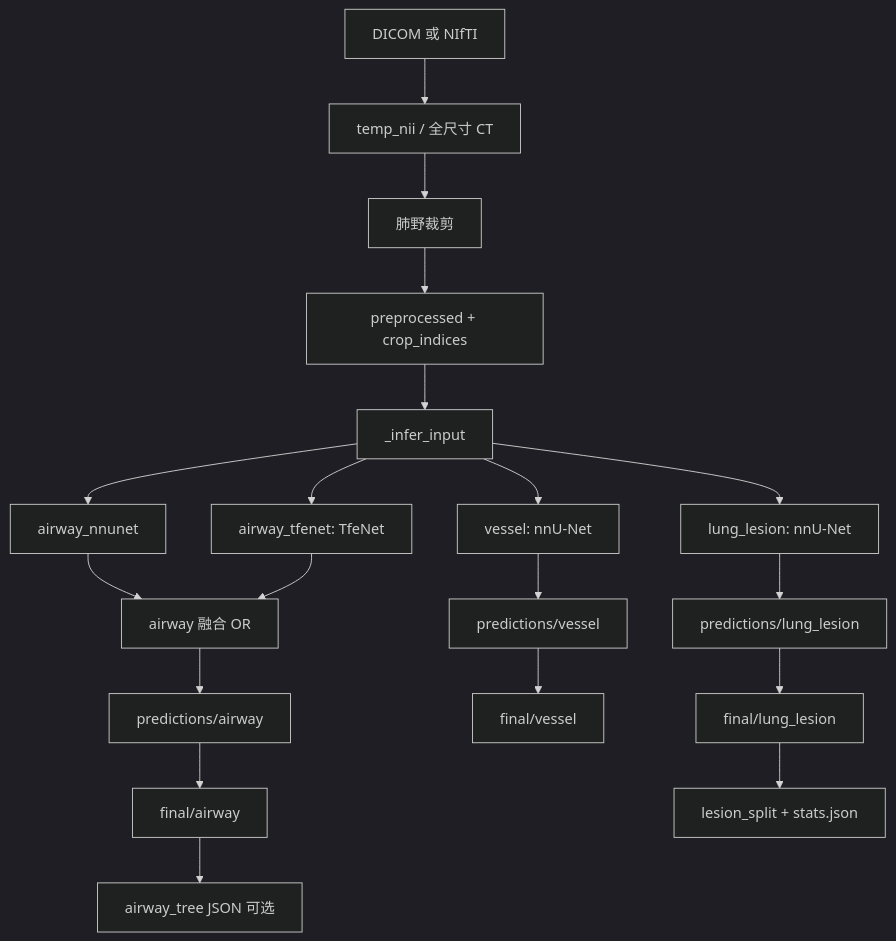
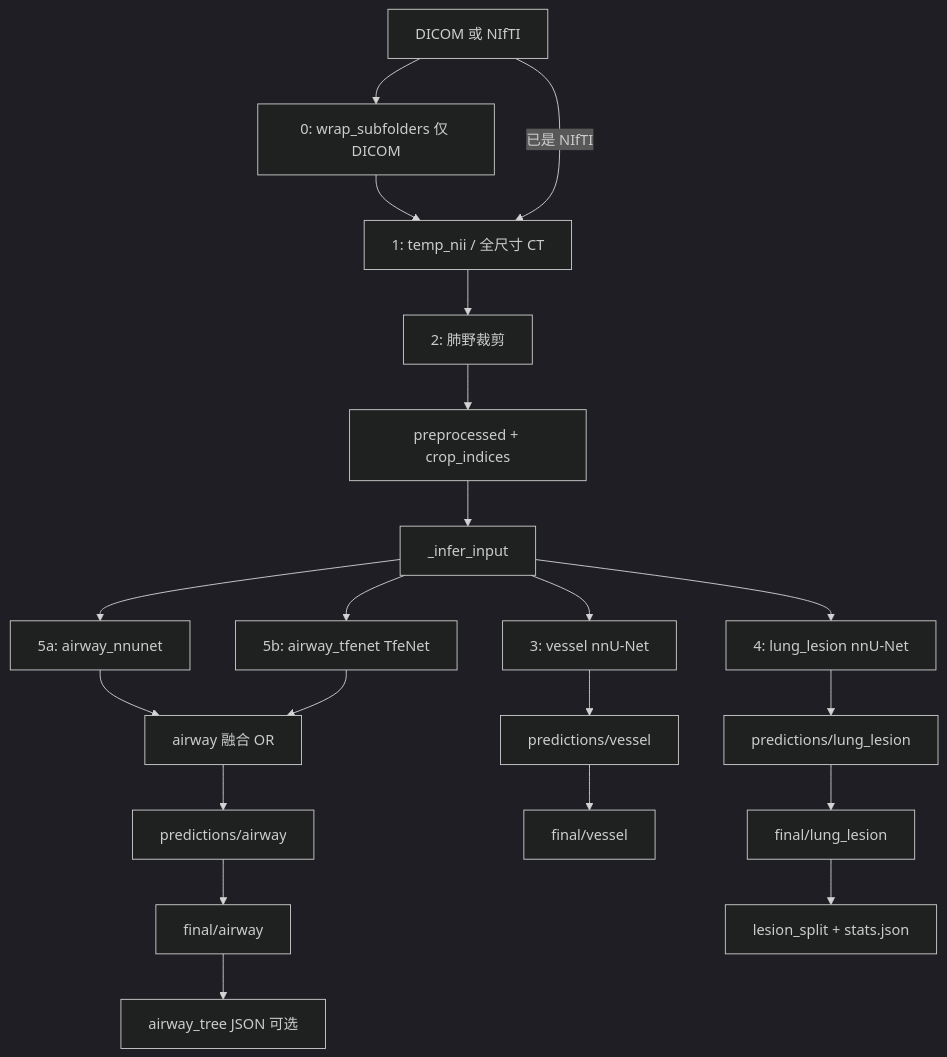
Before and after one commit to Sky01610/Tfe_lung_seg: the diagram in README.md, drawn with Mermaid (dark theme). The commit also changed other lines of this file, not shown here.

````diff
--- a/README.md
+++ b/README.md
@@ -334,25 +378,27 @@
 ```mermaid
 flowchart TB
-    IN[DICOM 或 NIfTI] --> NII[temp_nii / 全尺寸 CT]
-    NII --> CROP[肺野裁剪]
+    IN[DICOM 或 NIfTI] --> WRAP[0: wrap_subfolders 仅 DICOM]
+    WRAP --> NII[1: temp_nii / 全尺寸 CT]
+    IN -->|已是 NIfTI| NII
+    NII --> CROP[2: 肺野裁剪]
     CROP --> PRE[preprocessed + crop_indices]
     PRE --> INF[_infer_input]
 
-    INF --> VES[vessel: nnU-Net]
-    INF --> LES[lung_lesion: nnU-Net]
-    INF --> NNA[airway_nnunet]
-    INF --> TFE[airway_tfenet: TfeNet]
+    INF --> VES[3: vessel nnU-Net]
+    INF --> LES[4: lung_lesion nnU-Net]
+    INF --> NNA[5a: airway_nnunet]
+    INF --> TFE[5b: airway_tfenet TfeNet]
     NNA --> FUSE[airway 融合 OR]
     TFE --> FUSE
 
     VES --> PV[predictions/vessel]
     LES --> PL[predictions/lung_lesion]
     FUSE --> PA[predictions/airway]
 
     PV --> FV[final/vessel]
     PL --> FL[final/lung_lesion]
     PA --> FA[final/airway]
 
     FL --> SPLIT[lesion_split + stats.json]
     FA --> TREE[airway_tree JSON 可选]
 ```
````
